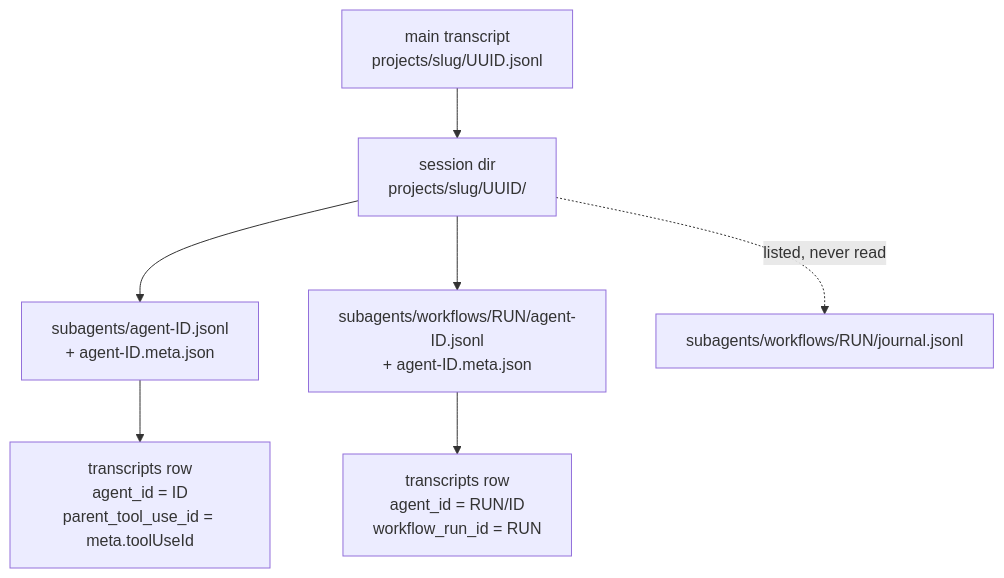
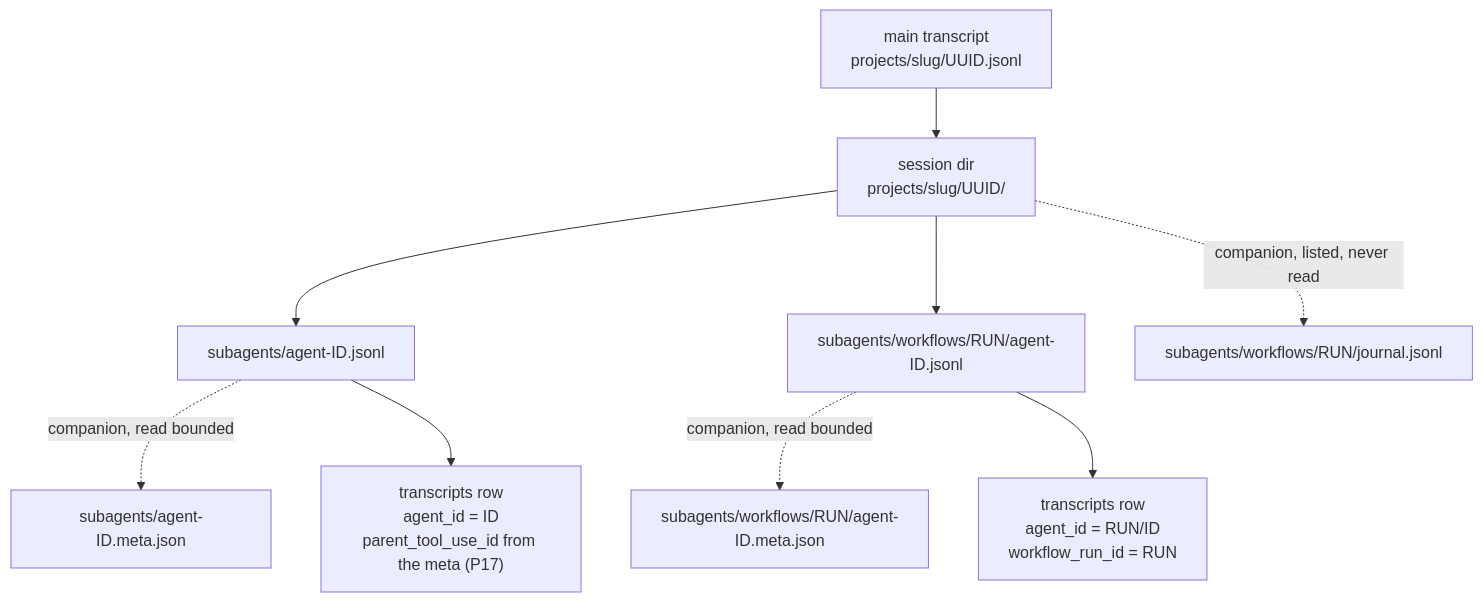
One commit to Synapsium-Labs/ccrc-pwa changed the first of 3 diagrams in docs/superpowers/specs/2026-10-29-ccrc-history-w4-subagents-touched-design.md. Above: the diagram before and after it, drawn with Mermaid. The commit also changed other lines of this file and 1 other file, not shown here.

````diff
--- a/docs/superpowers/specs/2026-10-29-ccrc-history-w4-subagents-touched-design.md
+++ b/docs/superpowers/specs/2026-10-29-ccrc-history-w4-subagents-touched-design.md
@@ -95,9 +99,11 @@
 ```mermaid
 flowchart TD
   M["main transcript<br/>projects/slug/UUID.jsonl"] --> D["session dir<br/>projects/slug/UUID/"]
-  D --> A["subagents/agent-ID.jsonl<br/>+ agent-ID.meta.json"]
-  D --> W["subagents/workflows/RUN/agent-ID.jsonl<br/>+ agent-ID.meta.json"]
-  D -. "listed, never read" .-> J["subagents/workflows/RUN/journal.jsonl"]
-  A --> TA["transcripts row<br/>agent_id = ID<br/>parent_tool_use_id = meta.toolUseId"]
+  D --> A["subagents/agent-ID.jsonl"]
+  D --> W["subagents/workflows/RUN/agent-ID.jsonl"]
+  A -. "companion, read bounded" .-> AM["subagents/agent-ID.meta.json"]
+  W -. "companion, read bounded" .-> WM["subagents/workflows/RUN/agent-ID.meta.json"]
+  D -. "companion, listed, never read" .-> J["subagents/workflows/RUN/journal.jsonl"]
+  A --> TA["transcripts row<br/>agent_id = ID<br/>parent_tool_use_id from the meta (P17)"]
   W --> TW["transcripts row<br/>agent_id = RUN/ID<br/>workflow_run_id = RUN"]
 ```
````
